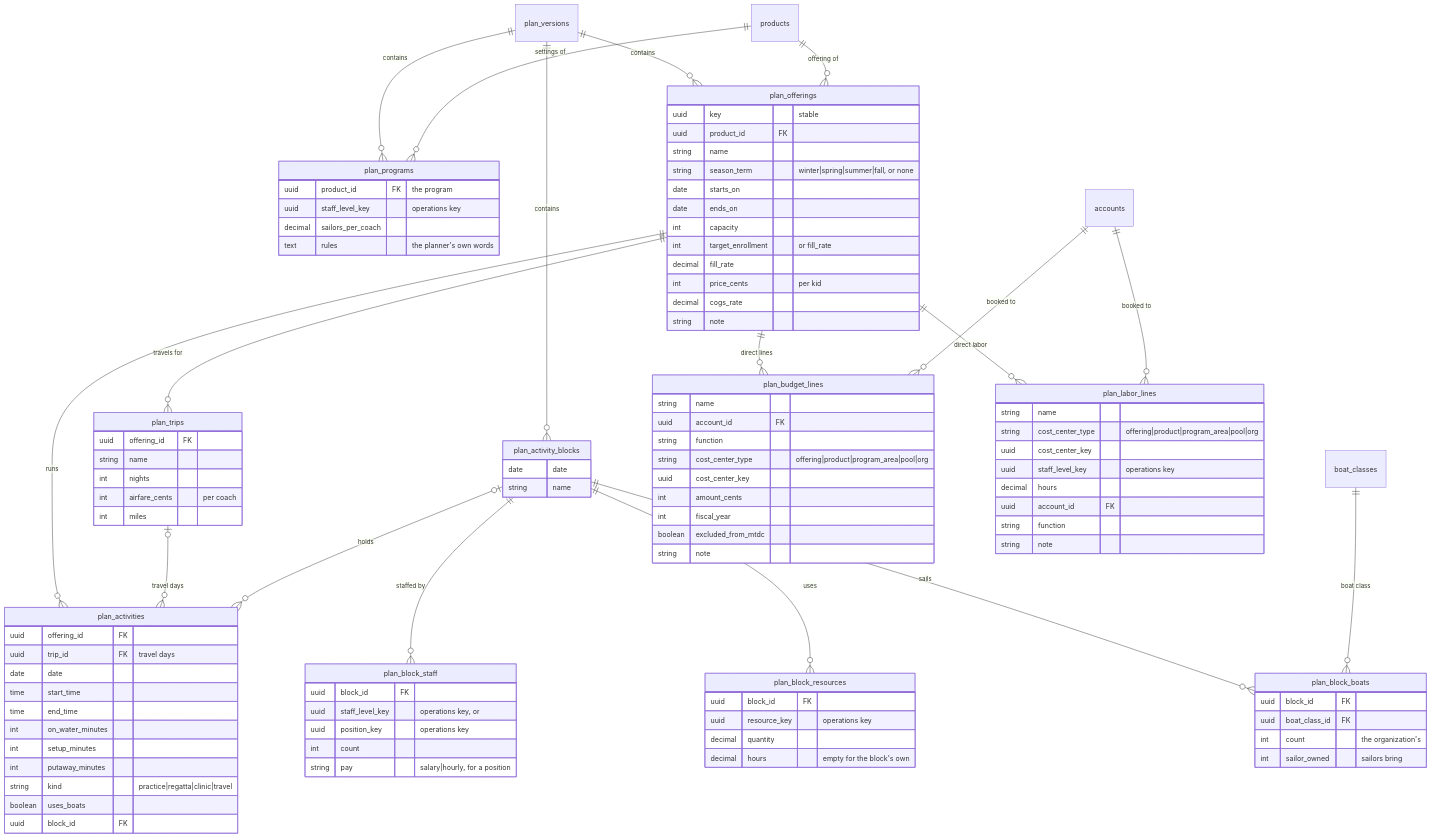
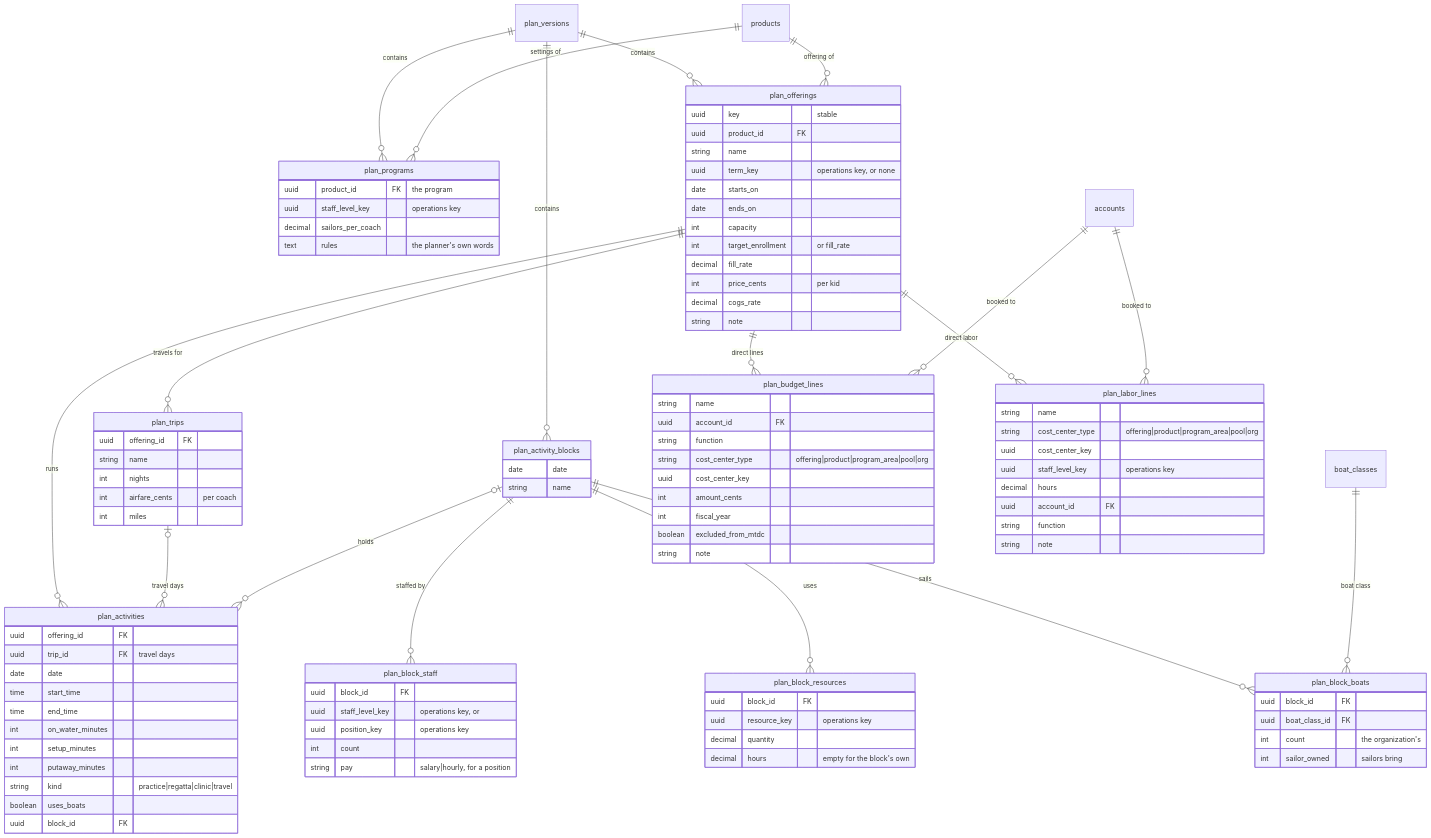
One commit to cyc-seattle/platform changed the fourth of 7 diagrams in docs/planning-schema.md. Above: the diagram before and after it, drawn with Mermaid. The commit also changed other lines of this file and 20 other files, not shown here.

First line of the commit message:
feat(planning): terms in the Operations Plan, in place of a season list

```diff
--- a/docs/planning-schema.md
+++ b/docs/planning-schema.md
@@ -296,7 +296,7 @@
         uuid key "stable"
         uuid product_id FK
         string name
-        string season_term "winter|spring|summer|fall, or none"
+        uuid term_key "operations key, or none"
         date starts_on
         date ends_on
         int capacity
```
